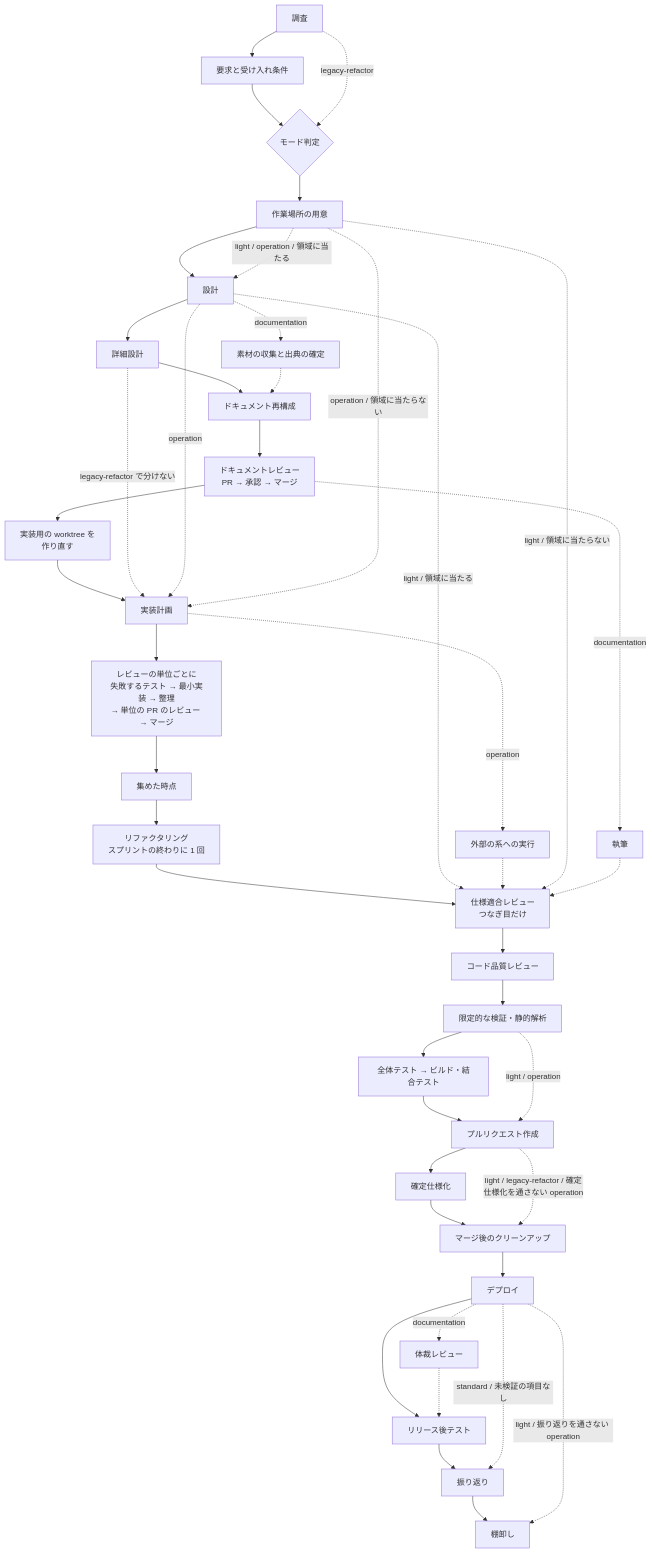
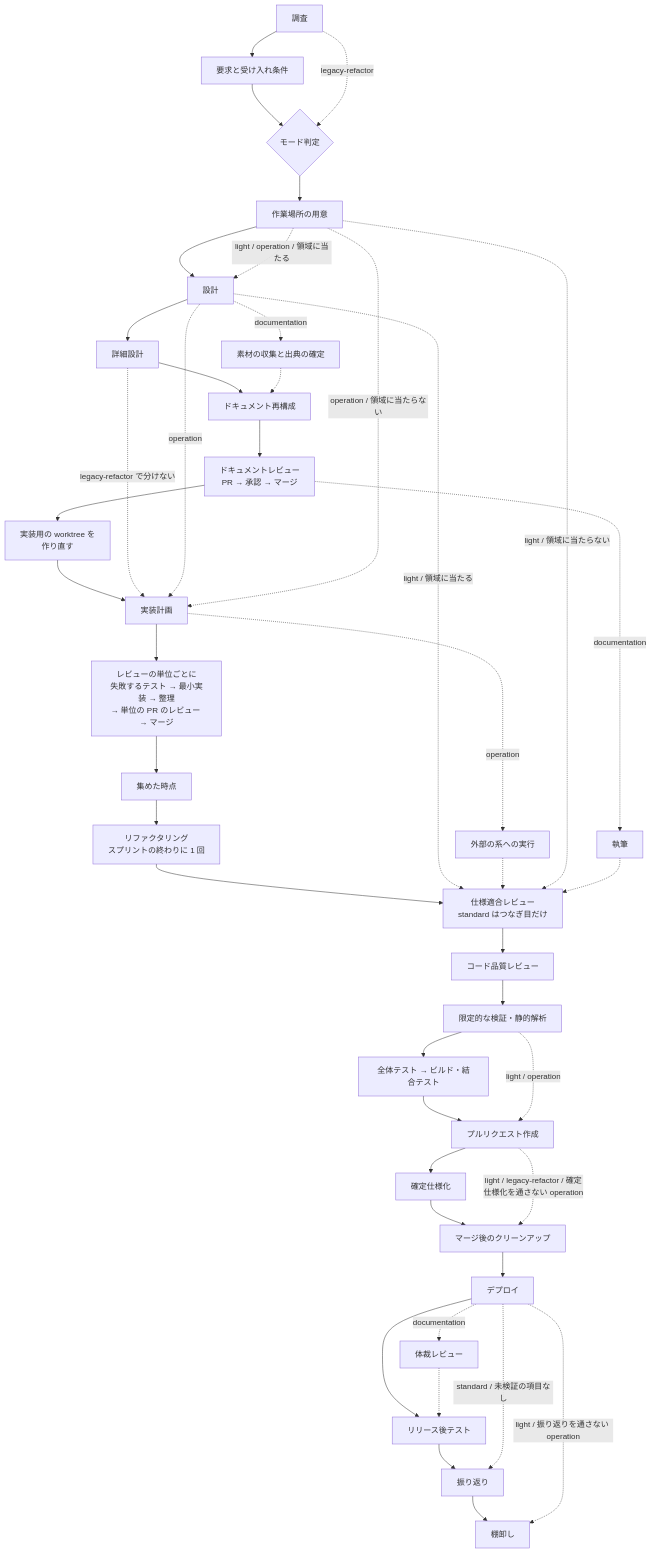
Before and after one commit to devbasex/ai-plugins: the diagram in plugins/ndf/skills/development-workflow/references/workflow-modes.md, drawn with Mermaid. The commit also changed 8 other files, not shown here.

````diff
--- a/plugins/ndf/skills/development-workflow/references/workflow-modes.md
+++ b/plugins/ndf/skills/development-workflow/references/workflow-modes.md
@@ -92,44 +92,44 @@
 ```mermaid
 flowchart TD
     A[調査] --> B[要求と受け入れ条件]
     B --> D{モード判定}
     D --> S[作業場所の用意]
     S --> C[設計]
     C --> DD[詳細設計]
     DD --> DR[ドキュメント再構成]
     DR --> F[ドキュメントレビュー<br/>PR → 承認 → マージ]
     F --> W[実装用の worktree を<br/>作り直す]
     W --> G[実装計画]
     G --> H[レビューの単位ごとに<br/>失敗するテスト → 最小実装 → 整理<br/>→ 単位の PR のレビュー → マージ]
     H --> GA[集めた時点]
     GA --> R[リファクタリング<br/>スプリントの終わりに 1 回]
-    R --> I[仕様適合レビュー<br/>つなぎ目だけ]
+    R --> I[仕様適合レビュー<br/>standard はつなぎ目だけ]
     I --> J[コード品質レビュー]
     J --> K[限定的な検証・静的解析]
     K --> N[全体テスト → ビルド・結合テスト]
     N --> L[プルリクエスト作成]
     L --> M[確定仕様化]
     M --> P[マージ後のクリーンアップ]
     P --> RL[デプロイ]
     RL --> Q[リリース後テスト]
     Q --> T[振り返り] --> BR[棚卸し]
     RL -.->|standard / 未検証の項目なし| T
     A -.->|legacy-refactor| D
     DD -.->|"legacy-refactor で分けない"| G
     C -.->|operation| G
     C -.->|"light / 領域に当たる"| I
     S -.->|"operation / 領域に当たらない"| G
     S -.->|"light / operation / 領域に当たる"| C
     G -.->|operation| X[外部の系への実行]
     X -.-> I
     S -.->|"light / 領域に当たらない"| I
     K -.->|light / operation| L
     L -.->|light / legacy-refactor / 確定仕様化を通さない operation| P
     RL -.->|light / 振り返りを通さない operation| BR
     C -.->|documentation| SR[素材の収集と出典の確定]
     SR -.-> DR
     F -.->|documentation| DW[執筆]
     DW -.-> I
     RL -.->|documentation| LR[体裁レビュー]
     LR -.-> Q
 ```
````
